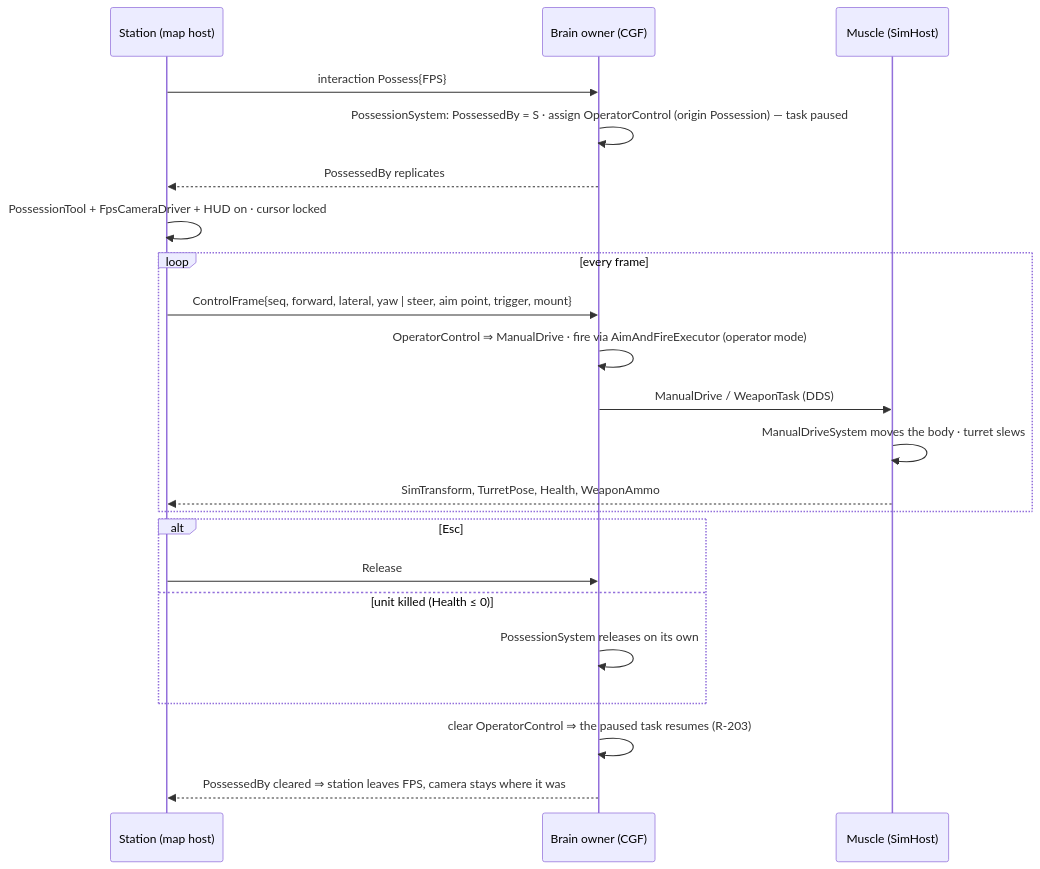
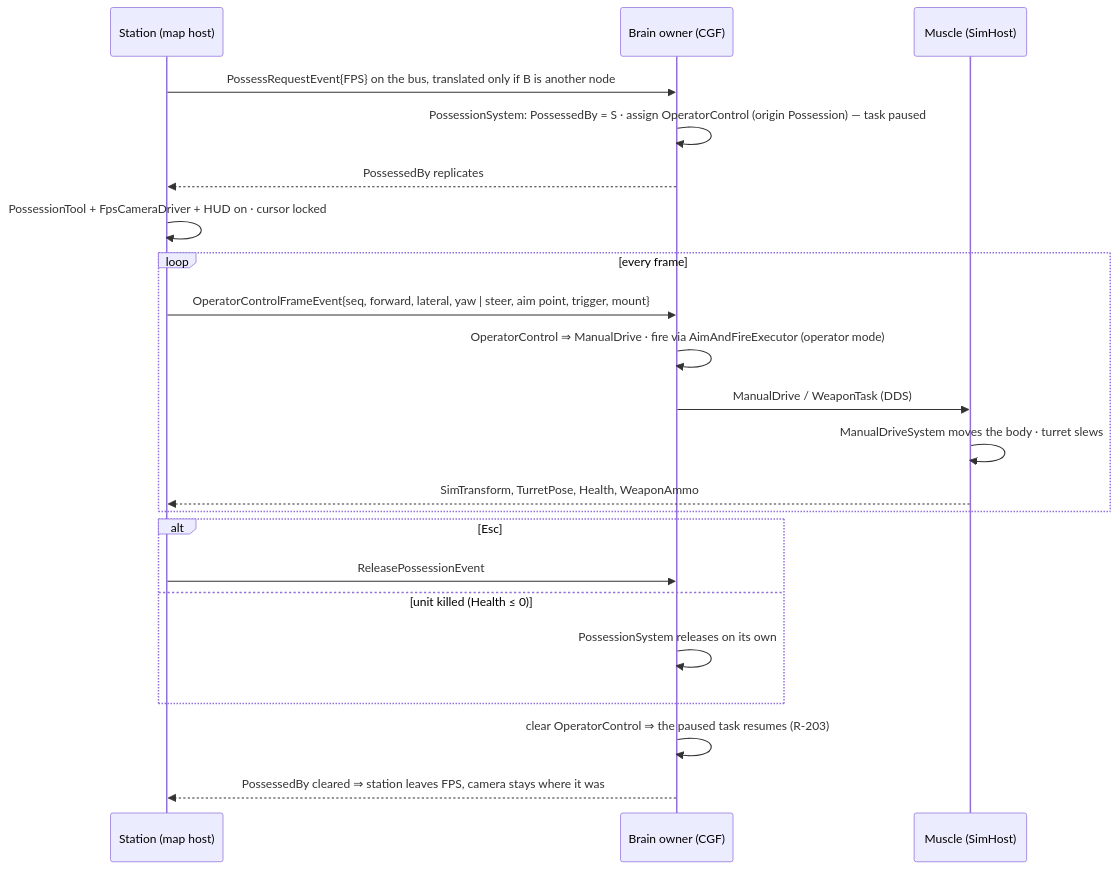
Before and after one commit to pjanec/HROT: the fifth of 6 diagrams in docs/DESIGN_Entity_Control.md, drawn with Mermaid. The commit also changed other lines of this file and 3 other files, not shown here.

First line of the commit message:
DESIGN_Entity_Control: M-1..M-10 approved; all messaging is FDP bus events, works in the networkless editor (R-271)

````diff
--- a/docs/DESIGN_Entity_Control.md
+++ b/docs/DESIGN_Entity_Control.md
@@ -213,24 +245,24 @@
 ```mermaid
 sequenceDiagram
     participant S as Station (map host)
     participant B as Brain owner (CGF)
     participant K as Muscle (SimHost)
-    S->>B: interaction Possess{FPS}
+    S->>B: PossessRequestEvent{FPS} on the bus, translated only if B is another node
     B->>B: PossessionSystem: PossessedBy = S · assign OperatorControl (origin Possession) — task paused
     B-->>S: PossessedBy replicates
     S->>S: PossessionTool + FpsCameraDriver + HUD on · cursor locked
     loop every frame
-        S->>B: ControlFrame{seq, forward, lateral, yaw | steer, aim point, trigger, mount}
+        S->>B: OperatorControlFrameEvent{seq, forward, lateral, yaw | steer, aim point, trigger, mount}
         B->>B: OperatorControl ⇒ ManualDrive · fire via AimAndFireExecutor (operator mode)
         B->>K: ManualDrive / WeaponTask (DDS)
         K->>K: ManualDriveSystem moves the body · turret slews
         K-->>S: SimTransform, TurretPose, Health, WeaponAmmo
     end
     alt Esc
-        S->>B: Release
+        S->>B: ReleasePossessionEvent
     else unit killed (Health ≤ 0)
         B->>B: PossessionSystem releases on its own
     end
     B->>B: clear OperatorControl ⇒ the paused task resumes (R-203)
     B-->>S: PossessedBy cleared ⇒ station leaves FPS, camera stays where it was
 ```
````
